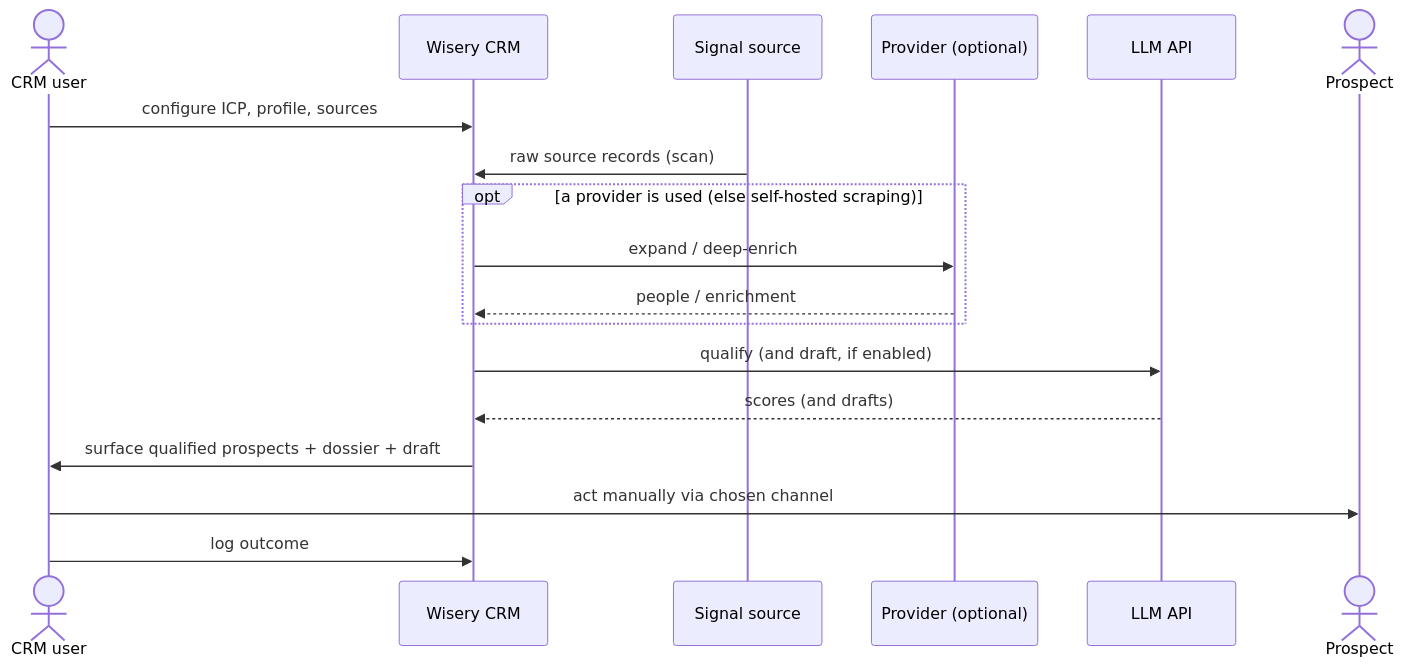
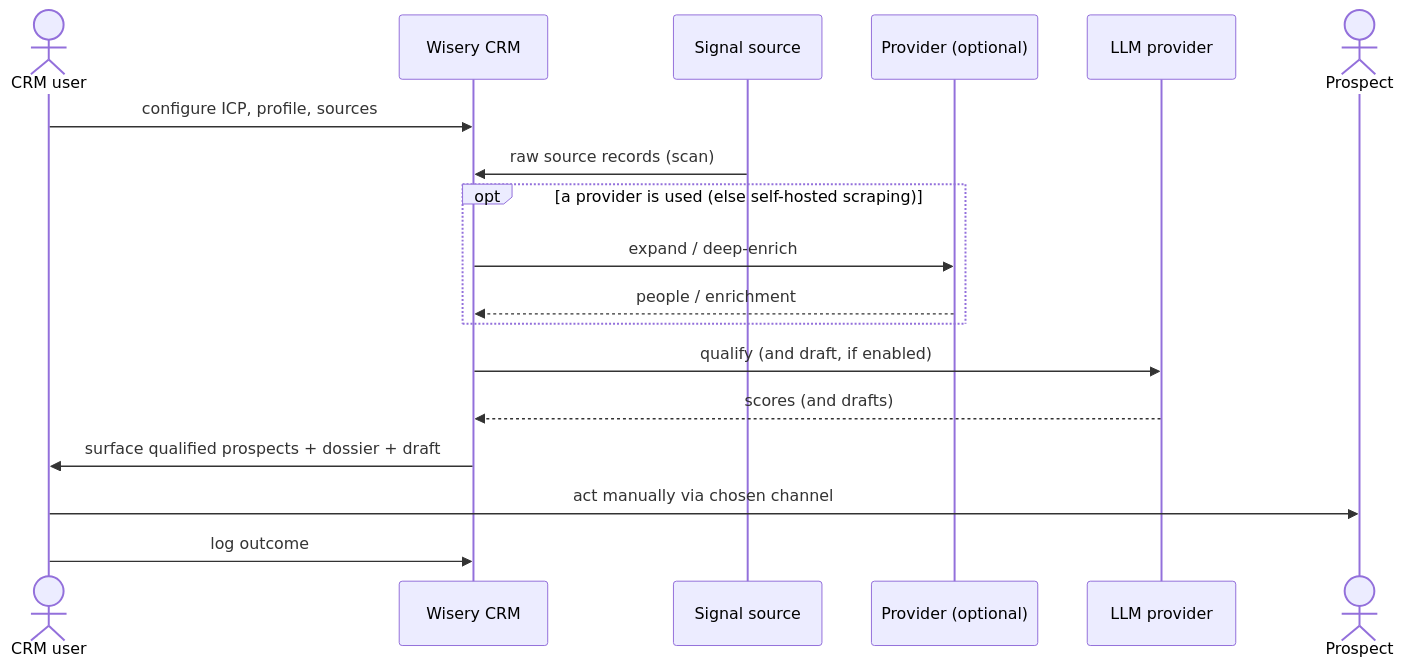
The second of 2 diagrams in docs/architecture/system-context.md (m-ratnikov/wisery-crm), drawn with Mermaid before and after one commit. The commit also changed other lines of this file and 24 other files, not shown here.

First line of the commit message:
Promote C4 L2 architecture to canon + archive; add Mermaid render gate

````diff
--- a/docs/architecture/system-context.md
+++ b/docs/architecture/system-context.md
@@ -48,21 +50,21 @@
 ```mermaid
 sequenceDiagram
     actor U as CRM user
     participant S as Wisery CRM
     participant SRC as Signal source
     participant DP as Provider (optional)
-    participant LLM as LLM API
+    participant LLM as LLM provider
     actor P as Prospect
 
     U->>S: configure ICP, profile, sources
     SRC->>S: raw source records (scan)
     opt a provider is used (else self-hosted scraping)
         S->>DP: expand / deep-enrich
         DP-->>S: people / enrichment
     end
     S->>LLM: qualify (and draft, if enabled)
     LLM-->>S: scores (and drafts)
     S->>U: surface qualified prospects + dossier + draft
     U->>P: act manually via chosen channel
     U->>S: log outcome
 ```
````
